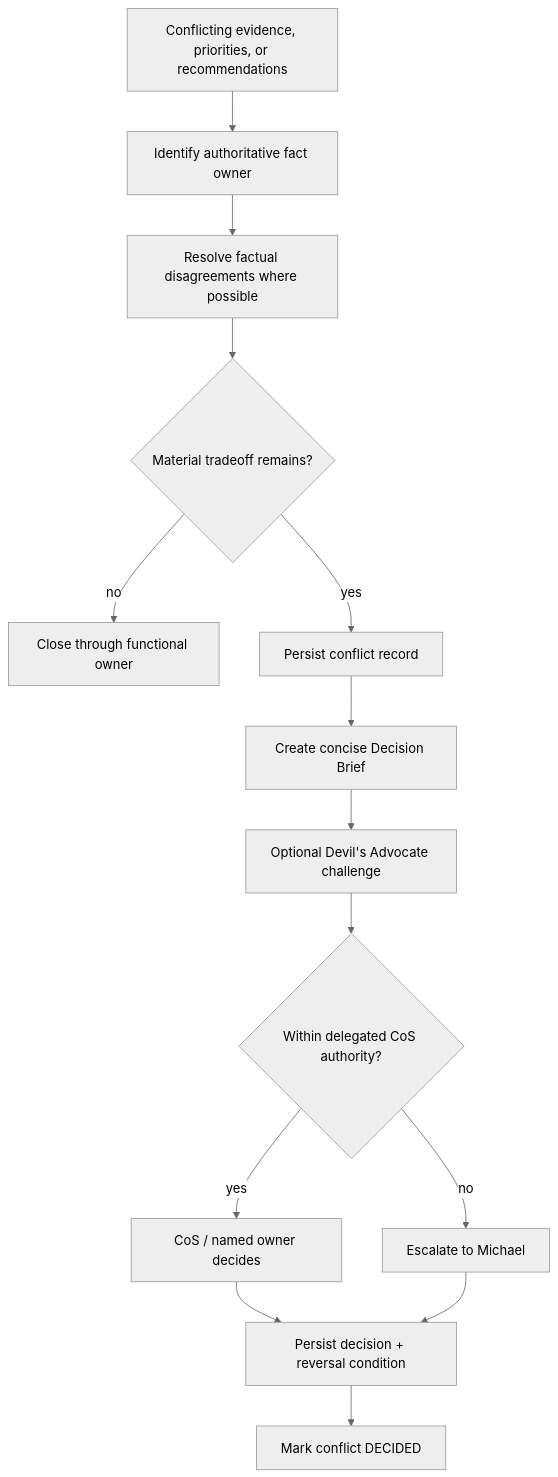
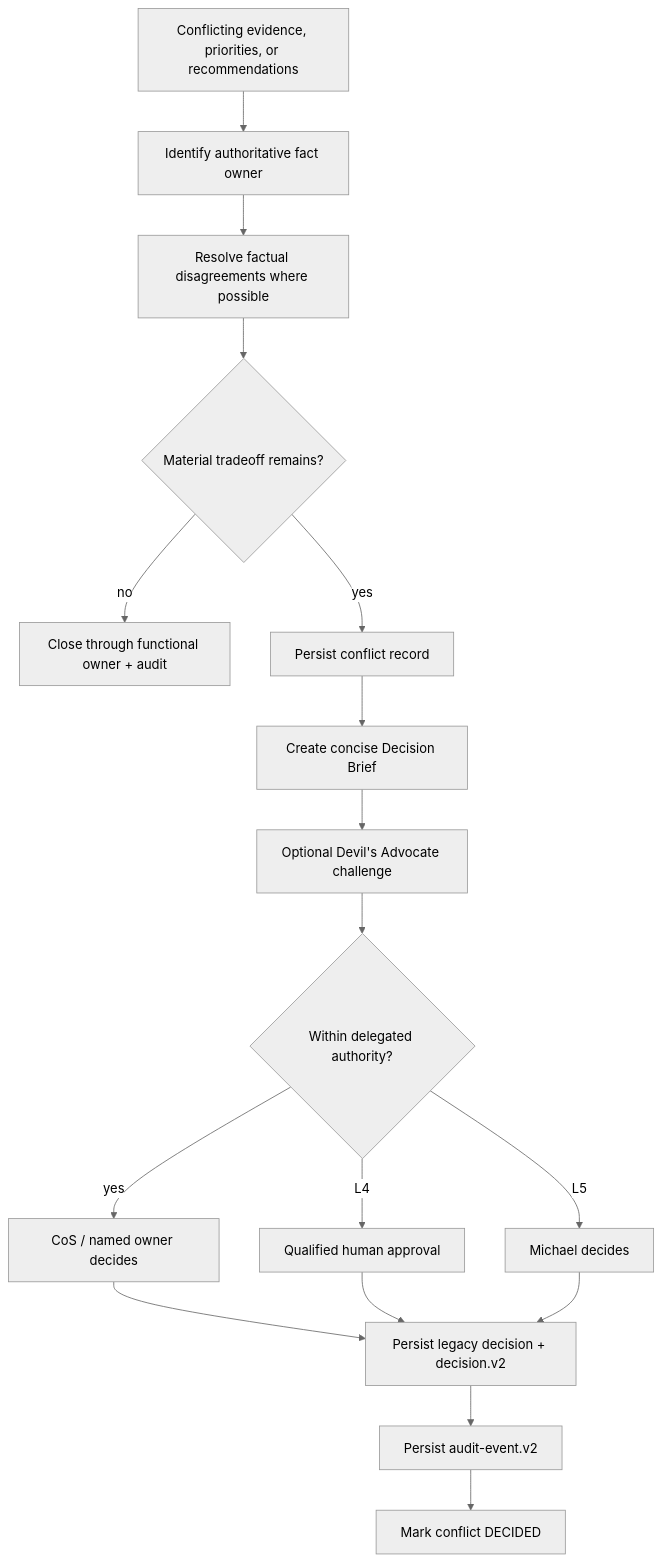
The diagram in docs/conflict-resolution.md (mkleinbe/mesh-ai-agent-cos-universe), drawn with Mermaid (neutral theme) before and after one commit. The commit also changed other lines of this file, not shown here.

Commit message:
docs: make conflict decisions explainable and approval-linked

````diff
--- a/docs/conflict-resolution.md
+++ b/docs/conflict-resolution.md
@@ -19,16 +19,19 @@
 ```mermaid
 flowchart TB
     C[Conflicting evidence, priorities, or recommendations] --> A[Identify authoritative fact owner]
     A --> F[Resolve factual disagreements where possible]
     F --> T{Material tradeoff remains?}
-    T -->|no| CLOSE[Close through functional owner]
+    T -->|no| CLOSE[Close through functional owner + audit]
     T -->|yes| CR[Persist conflict record]
     CR --> B[Create concise Decision Brief]
     B --> DA[Optional Devil's Advocate challenge]
-    DA --> AUTH{Within delegated CoS authority?}
+    DA --> AUTH{Within delegated authority?}
     AUTH -->|yes| CD[CoS / named owner decides]
-    AUTH -->|no| M[Escalate to Michael]
-    CD --> DR[Persist decision + reversal condition]
+    AUTH -->|L4| H[Qualified human approval]
+    AUTH -->|L5| M[Michael decides]
+    CD --> DR[Persist legacy decision + decision.v2]
+    H --> DR
     M --> DR
-    DR --> RES[Mark conflict DECIDED]
+    DR --> EVT[Persist audit-event.v2]
+    EVT --> RES[Mark conflict DECIDED]
 ```
````
